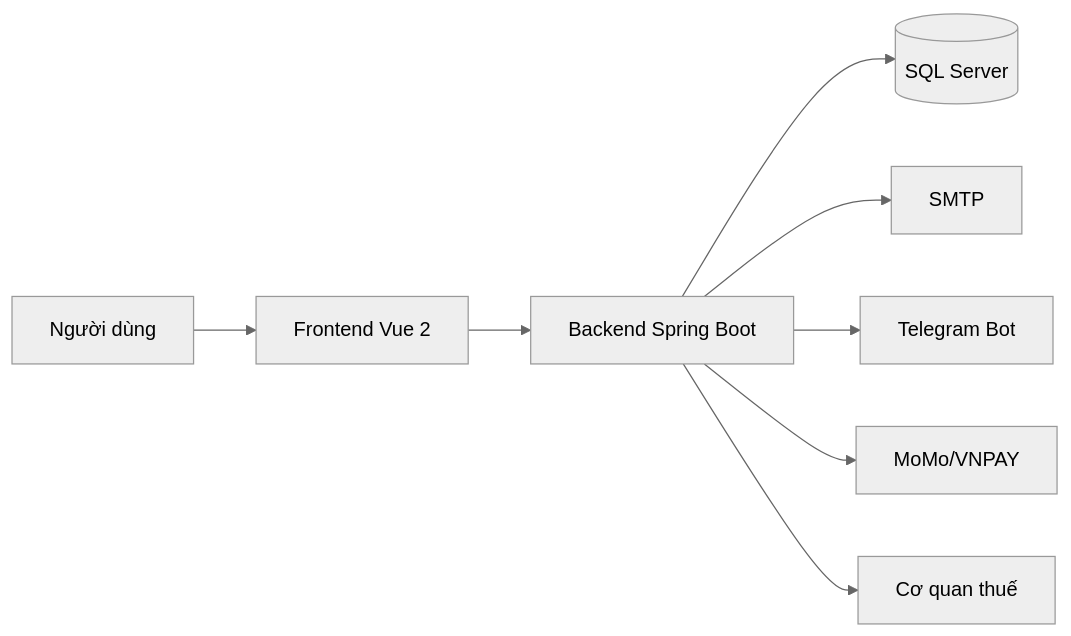
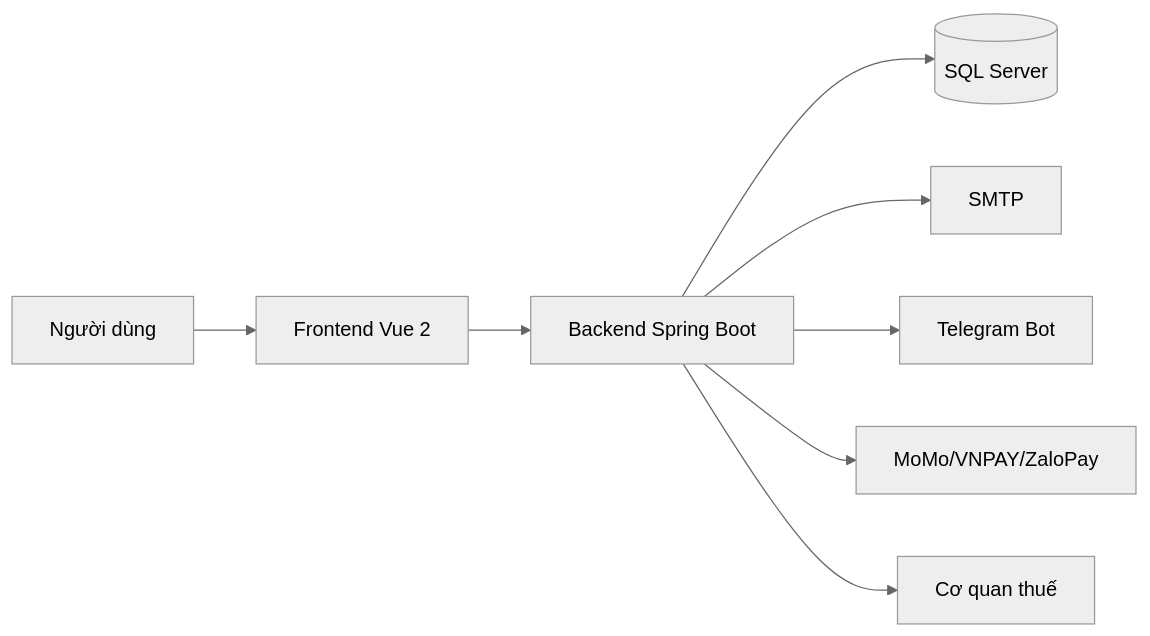
The first of 4 diagrams in docs/SO_DO_BAO_CAO.md (cnmsangz04/hoadon), drawn with Mermaid (neutral theme) before and after one commit. The commit also changed other lines of this file and 19 other files, not shown here.

Commit message:
Update: Zalo pay

````diff
--- a/docs/SO_DO_BAO_CAO.md
+++ b/docs/SO_DO_BAO_CAO.md
@@ -22,10 +22,10 @@
 ```mermaid
 flowchart LR
     User[Người dùng] --> FE[Frontend Vue 2]
     FE --> API[Backend Spring Boot]
     API --> DB[(SQL Server)]
     API --> Mail[SMTP]
     API --> Telegram[Telegram Bot]
-    API --> Payment[MoMo/VNPAY]
+    API --> Payment[MoMo/VNPAY/ZaloPay]
     API --> Tax[Cơ quan thuế]
 ```
````
